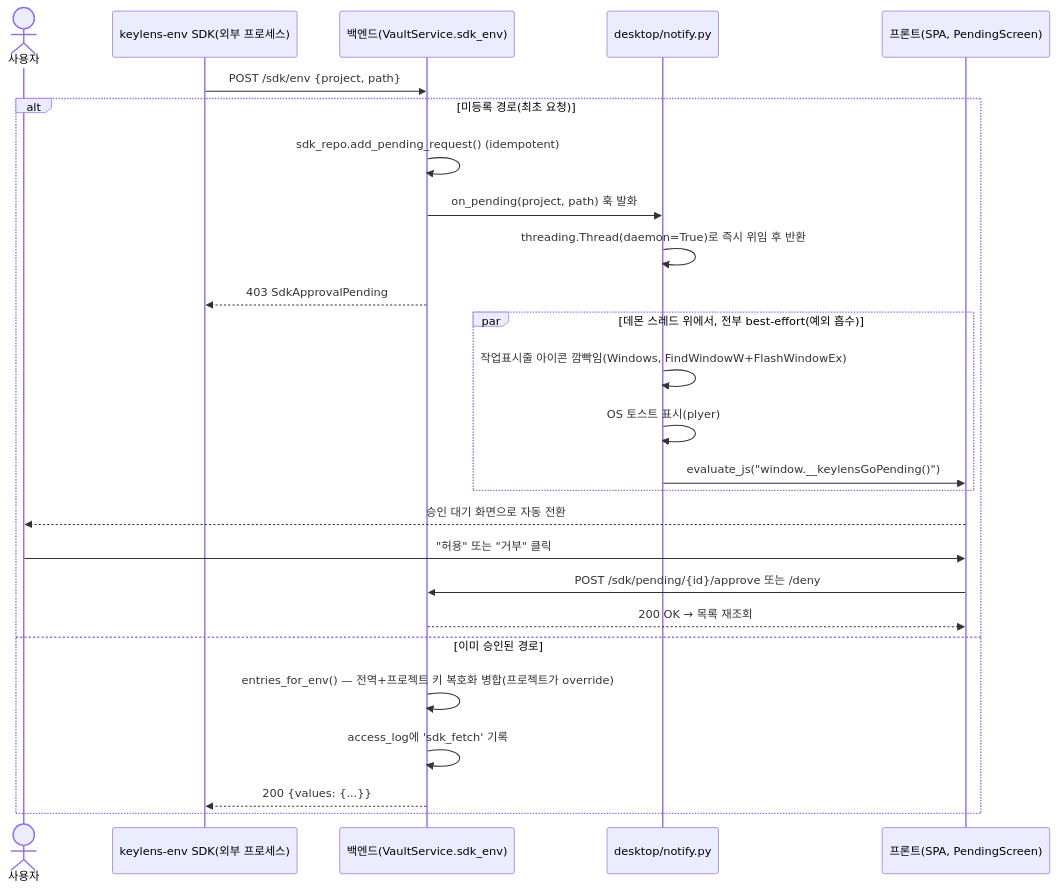
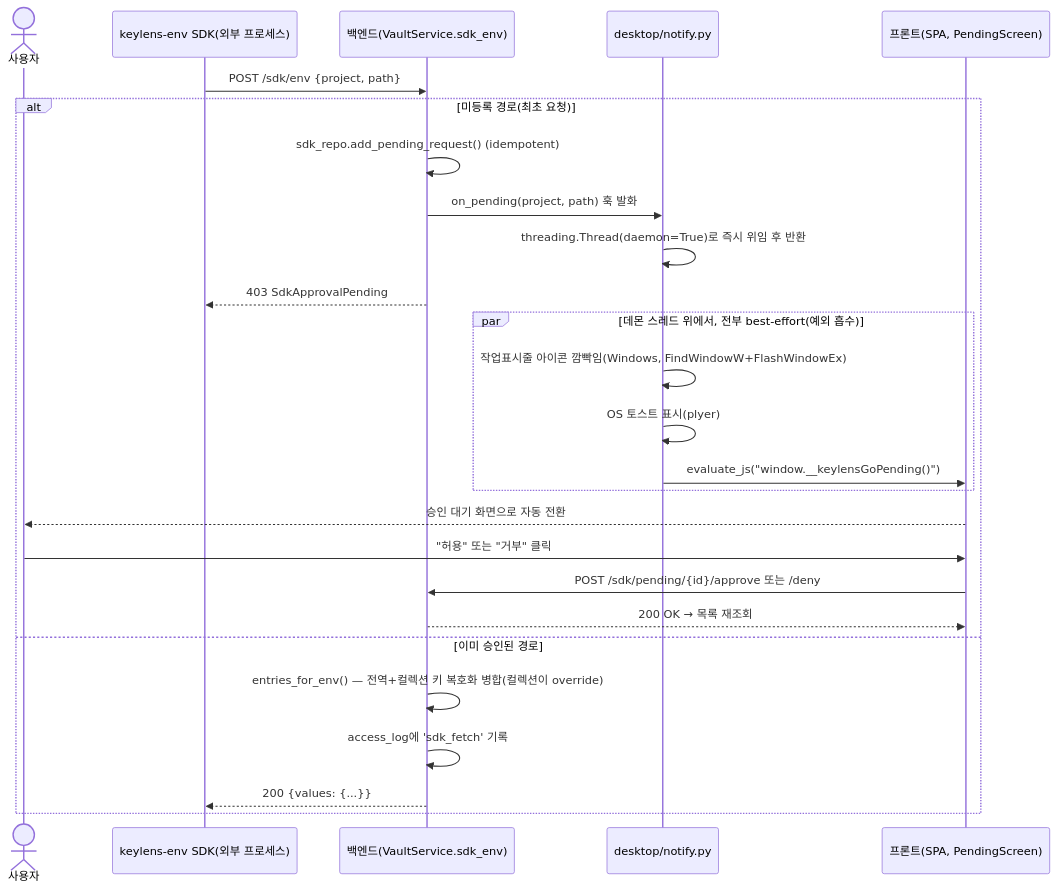
One commit to ttogle918/key-manager changed the eighth of 11 diagrams in docs/DIAGRAMS.md. Above: the diagram before and after it, drawn with Mermaid. The commit also changed other lines of this file and 20 other files, not shown here.

````diff
--- a/docs/DIAGRAMS.md
+++ b/docs/DIAGRAMS.md
@@ -407,29 +407,29 @@
 ```mermaid
 sequenceDiagram
     actor U as 사용자
     participant SDK as keylens-env SDK(외부 프로세스)
     participant BE as 백엔드(VaultService.sdk_env)
     participant DT as desktop/notify.py
     participant FE as 프론트(SPA, PendingScreen)
 
     SDK->>BE: POST /sdk/env {project, path}
     alt 미등록 경로(최초 요청)
         BE->>BE: sdk_repo.add_pending_request() (idempotent)
         BE->>DT: on_pending(project, path) 훅 발화
         DT->>DT: threading.Thread(daemon=True)로 즉시 위임 후 반환
         BE-->>SDK: 403 SdkApprovalPending
         par 데몬 스레드 위에서, 전부 best-effort(예외 흡수)
             DT->>DT: 작업표시줄 아이콘 깜빡임(Windows, FindWindowW+FlashWindowEx)
             DT->>DT: OS 토스트 표시(plyer)
             DT->>FE: evaluate_js("window.__keylensGoPending()")
         end
         FE-->>U: 승인 대기 화면으로 자동 전환
         U->>FE: "허용" 또는 "거부" 클릭
         FE->>BE: POST /sdk/pending/{id}/approve 또는 /deny
         BE-->>FE: 200 OK → 목록 재조회
     else 이미 승인된 경로
-        BE->>BE: entries_for_env() — 전역+프로젝트 키 복호화 병합(프로젝트가 override)
+        BE->>BE: entries_for_env() — 전역+컬렉션 키 복호화 병합(컬렉션이 override)
         BE->>BE: access_log에 'sdk_fetch' 기록
         BE-->>SDK: 200 {values: {...}}
     end
 ```
````
